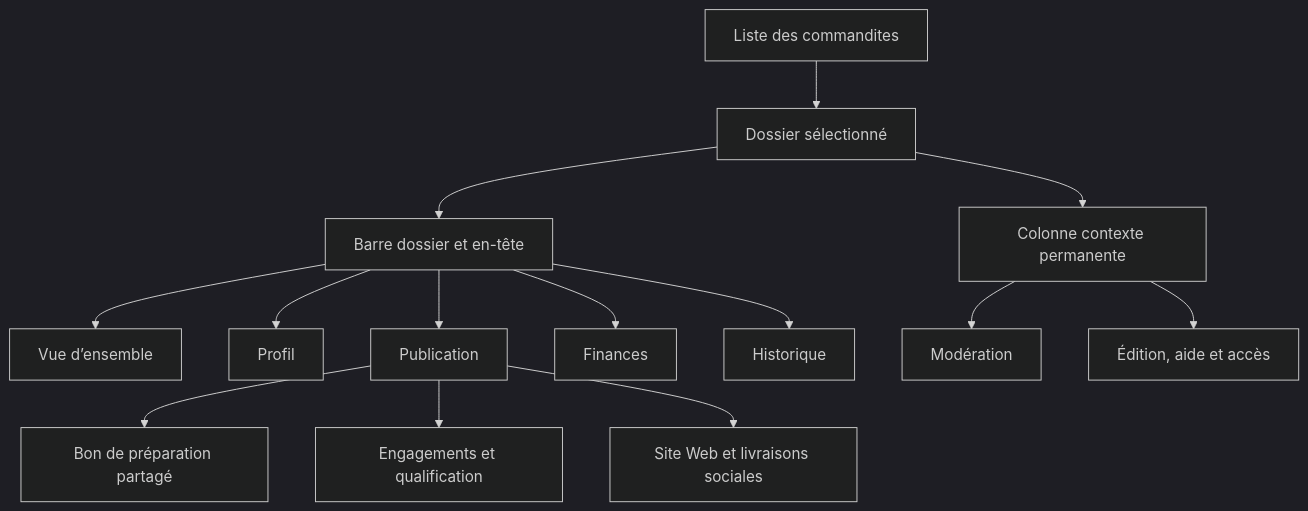
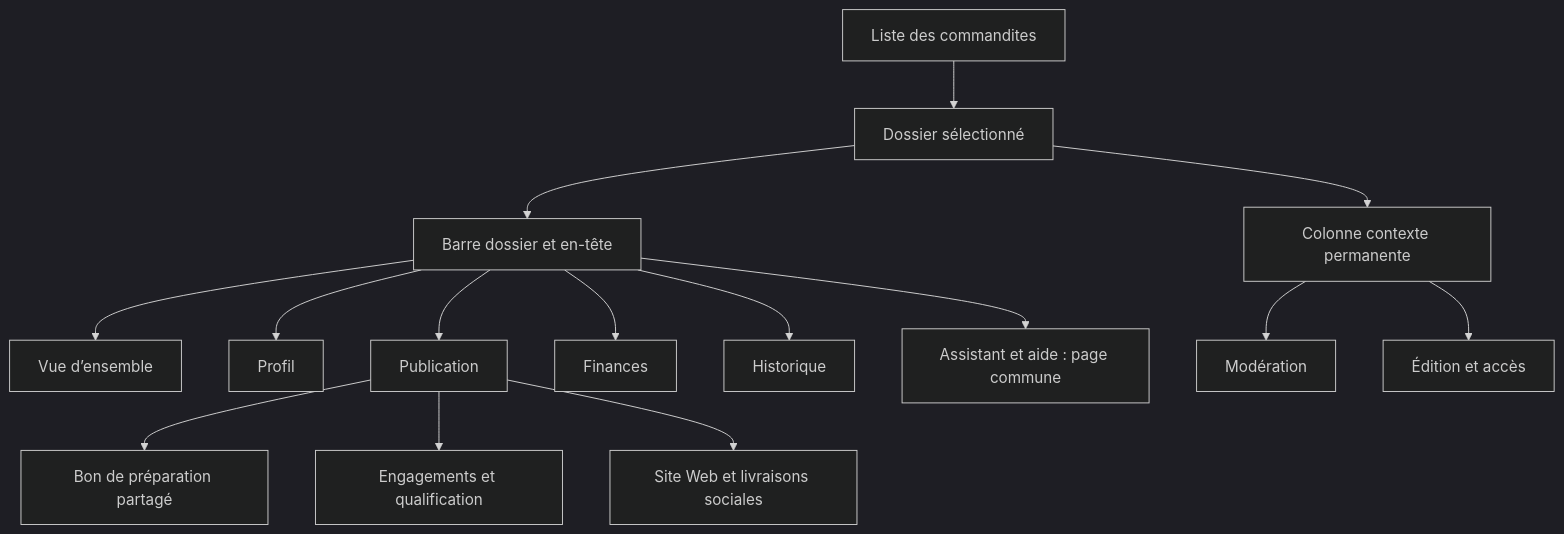
One commit to OpenG7/openg7-funding-platform changed the diagram in docs/development/admin-sponsorship-dossier-blueprint.md. Above: the diagram before and after it, drawn with Mermaid (dark theme). The commit also changed other lines of this file and 10 other files, not shown here.

Commit message:
feat(admin): regrouper Assistant et aide du dossier

````diff
--- a/docs/development/admin-sponsorship-dossier-blueprint.md
+++ b/docs/development/admin-sponsorship-dossier-blueprint.md
@@ -61,16 +69,17 @@
 ```mermaid
 flowchart TB
   Liste[Liste des commandites] --> D[Dossier sélectionné]
   D --> T[Barre dossier et en-tête]
   T --> O[Vue d’ensemble]
   T --> I[Profil]
   T --> P[Publication]
   T --> F[Finances]
   T --> H[Historique]
   D --> C[Colonne contexte permanente]
   C --> M[Modération]
-  C --> U[Édition, aide et accès]
+  C --> U[Édition et accès]
+  T --> AS[Assistant et aide : page commune]
   P --> B[Bon de préparation partagé]
   P --> A[Engagements et qualification]
   P --> S[Site Web et livraisons sociales]
 ```
````
